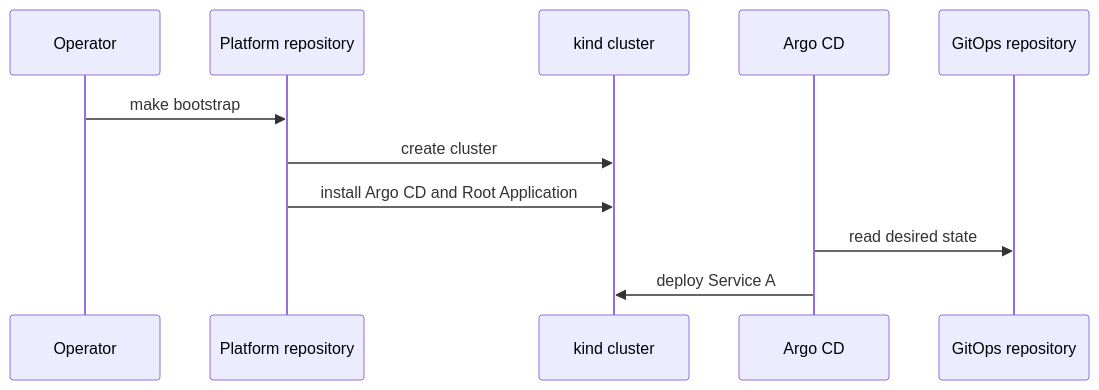
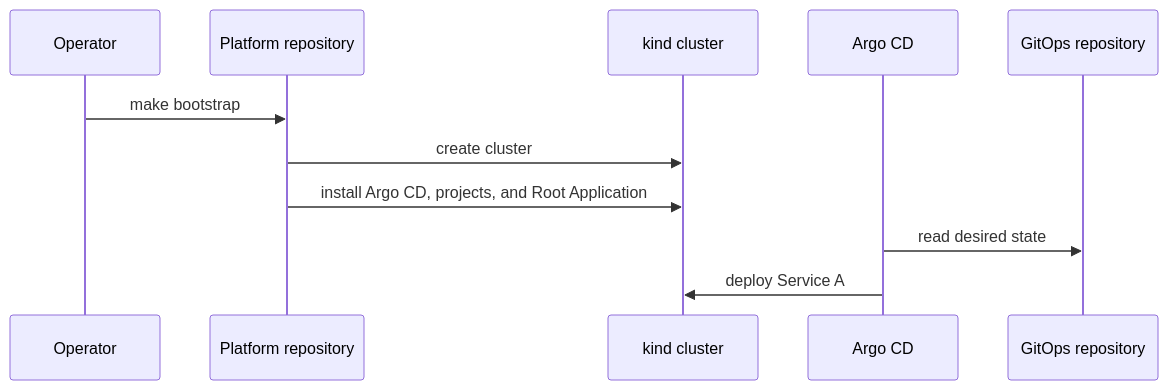
One commit to cbssmh/golden-path-deployment-platform changed the diagram in docs/architecture.md. Above: the diagram before and after it, drawn with Mermaid. The commit also changed other lines of this file and 17 other files, not shown here.

````diff
--- a/docs/architecture.md
+++ b/docs/architecture.md
@@ -16,13 +18,13 @@
 ```mermaid
 sequenceDiagram
   participant U as Operator
   participant P as Platform repository
   participant K as kind cluster
   participant A as Argo CD
   participant G as GitOps repository
   U->>P: make bootstrap
   P->>K: create cluster
-  P->>K: install Argo CD and Root Application
+  P->>K: install Argo CD, projects, and Root Application
   A->>G: read desired state
   A->>K: deploy Service A
 ```
````
